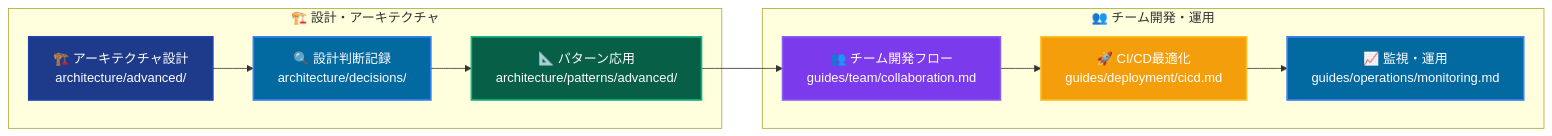
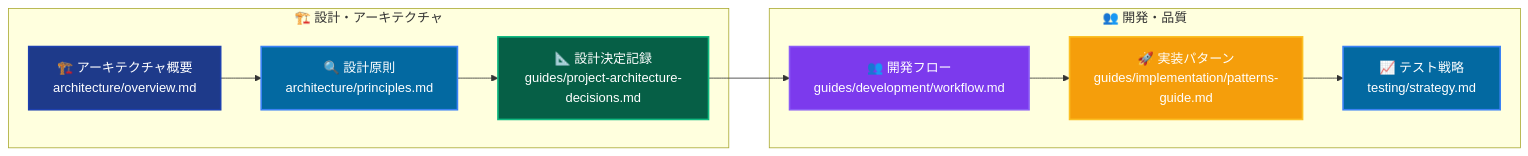
Before and after one commit to derushio/d-next-ddd-example: the fifth of 6 diagrams in _DOCS/README.md, drawn with Mermaid. The commit also changed other lines of this file and 102 other files, not shown here.

````diff
--- a/_DOCS/README.md
+++ b/_DOCS/README.md
@@ -277,23 +289,23 @@
 ```mermaid
 graph LR
     subgraph "🏗️ 設計・アーキテクチャ"
-        G1[🏗️ アーキテクチャ設計<br/>architecture/advanced/]
-        G2[🔍 設計判断記録<br/>architecture/decisions/]
-        G3[📐 パターン応用<br/>architecture/patterns/advanced/]
+        G1[🏗️ アーキテクチャ概要<br/>architecture/overview.md]
+        G2[🔍 設計原則<br/>architecture/principles.md]
+        G3[📐 設計決定記録<br/>guides/project-architecture-decisions.md]
     end
 
-    subgraph "👥 チーム開発・運用"
-        H1[👥 チーム開発フロー<br/>guides/team/collaboration.md]
-        H2[🚀 CI/CD最適化<br/>guides/deployment/cicd.md]
-        H3[📈 監視・運用<br/>guides/operations/monitoring.md]
+    subgraph "👥 開発・品質"
+        H1[👥 開発フロー<br/>guides/development/workflow.md]
+        H2[🚀 実装パターン<br/>guides/implementation/patterns-guide.md]
+        H3[📈 テスト戦略<br/>testing/strategy.md]
     end
 
     G1 --> G2 --> G3 --> H1 --> H2 --> H3
 
     style G1 fill:#1e3a8a,stroke:#1e40af,stroke-width:2px,color:#ffffff
     style G2 fill:#0369a1,stroke:#3b82f6,stroke-width:2px,color:#ffffff
     style G3 fill:#065f46,stroke:#10b981,stroke-width:2px,color:#ffffff
     style H1 fill:#7c3aed,stroke:#8b5cf6,stroke-width:2px,color:#ffffff
     style H2 fill:#f59e0b,stroke:#fbbf24,stroke-width:2px,color:#ffffff
     style H3 fill:#0369a1,stroke:#3b82f6,stroke-width:2px,color:#ffffff
 ```
````
